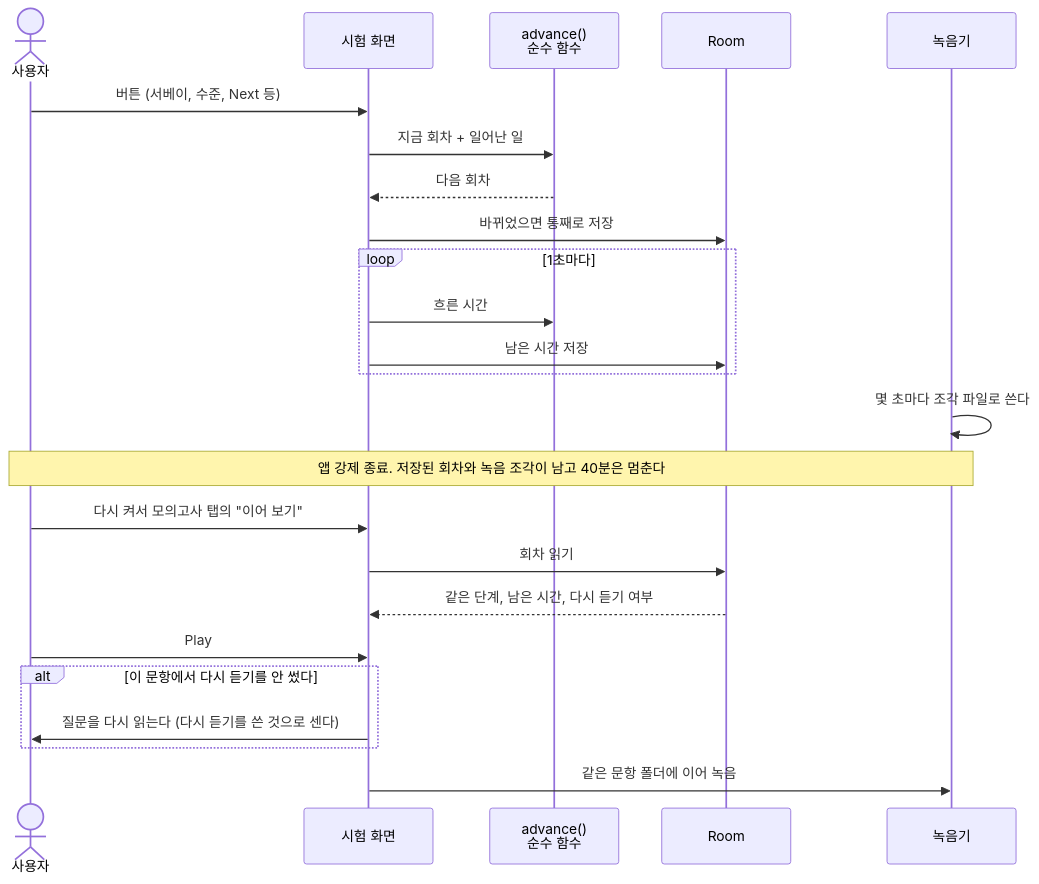
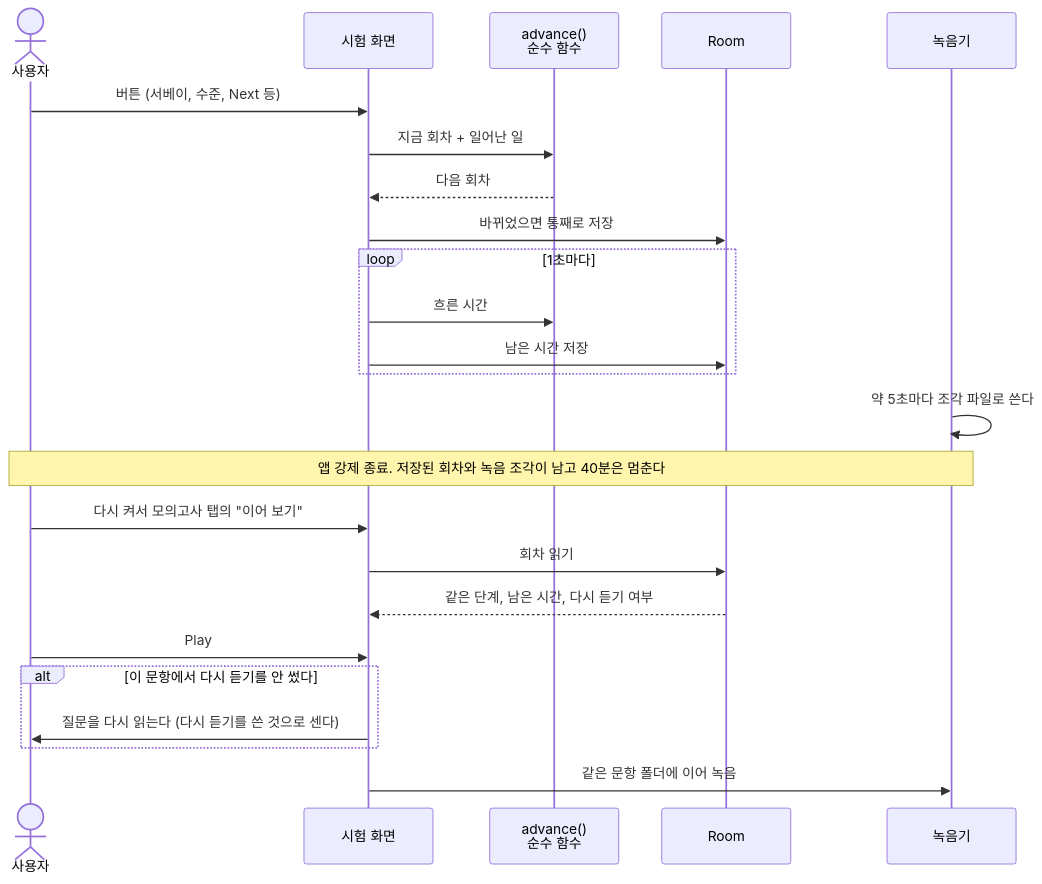
Before and after one commit to nosorae/AiOpicSelfStudy: the first of 5 diagrams in README.md, drawn with Mermaid. The commit also changed other lines of this file and 5 other files, not shown here.

````diff
--- a/README.md
+++ b/README.md
@@ -42,27 +50,27 @@
 ```mermaid
 sequenceDiagram
     actor U as 사용자
     participant V as 시험 화면
     participant A as advance()<br/>순수 함수
     participant R as Room
     participant M as 녹음기
 
     U->>V: 버튼 (서베이, 수준, Next 등)
     V->>A: 지금 회차 + 일어난 일
     A-->>V: 다음 회차
     V->>R: 바뀌었으면 통째로 저장
     loop 1초마다
         V->>A: 흐른 시간
         V->>R: 남은 시간 저장
     end
-    M->>M: 몇 초마다 조각 파일로 쓴다
+    M->>M: 약 5초마다 조각 파일로 쓴다
     Note over U,M: 앱 강제 종료. 저장된 회차와 녹음 조각이 남고 40분은 멈춘다
     U->>V: 다시 켜서 모의고사 탭의 "이어 보기"
     V->>R: 회차 읽기
     R-->>V: 같은 단계, 남은 시간, 다시 듣기 여부
     U->>V: Play
     alt 이 문항에서 다시 듣기를 안 썼다
         V->>U: 질문을 다시 읽는다 (다시 듣기를 쓴 것으로 센다)
     end
     V->>M: 같은 문항 폴더에 이어 녹음
 ```
````
